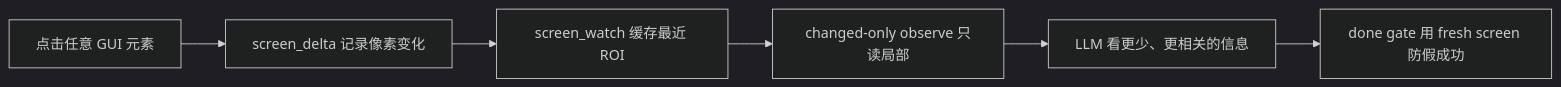
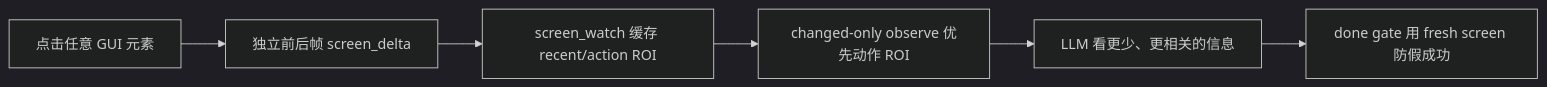
One commit to zoujiapeng/lingdong-script changed diagram 24 of 24 in docs/项目导览-面试版.md. Above: the diagram before and after it, drawn with Mermaid (dark theme). The commit also changed other lines of this file and 20 other files, not shown here.

````diff
--- a/docs/项目导览-面试版.md
+++ b/docs/项目导览-面试版.md
@@ -1175,8 +1175,8 @@
 ```mermaid
 flowchart LR
-    A["点击任意 GUI 元素"] --> B["screen_delta 记录像素变化"]
-    B --> C["screen_watch 缓存最近 ROI"]
-    C --> D["changed-only observe 只读局部"]
+    A["点击任意 GUI 元素"] --> B["独立前后帧 screen_delta"]
+    B --> C["screen_watch 缓存 recent/action ROI"]
+    C --> D["changed-only observe 优先动作 ROI"]
     D --> E["LLM 看更少、更相关的信息"]
     E --> F["done gate 用 fresh screen 防假成功"]
 ```
````
